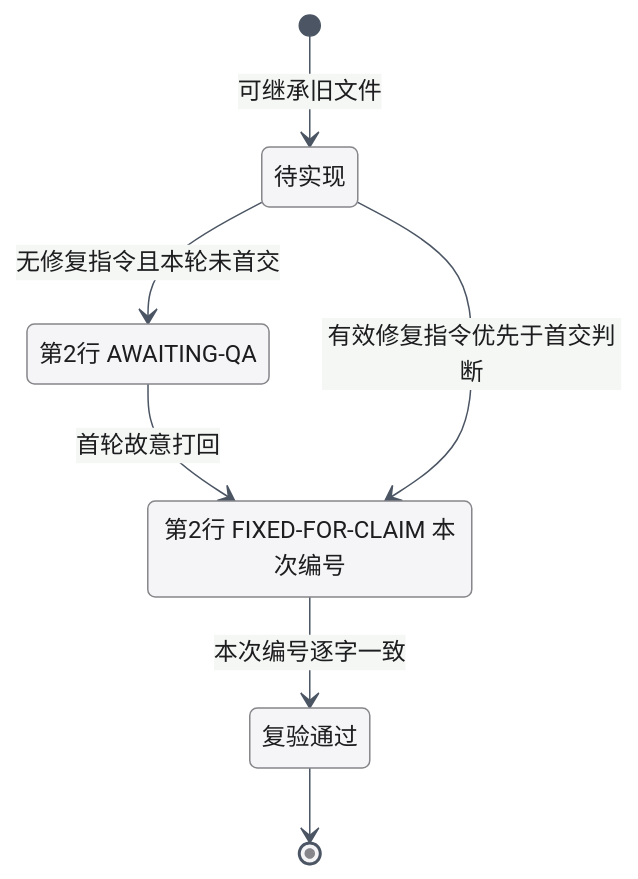
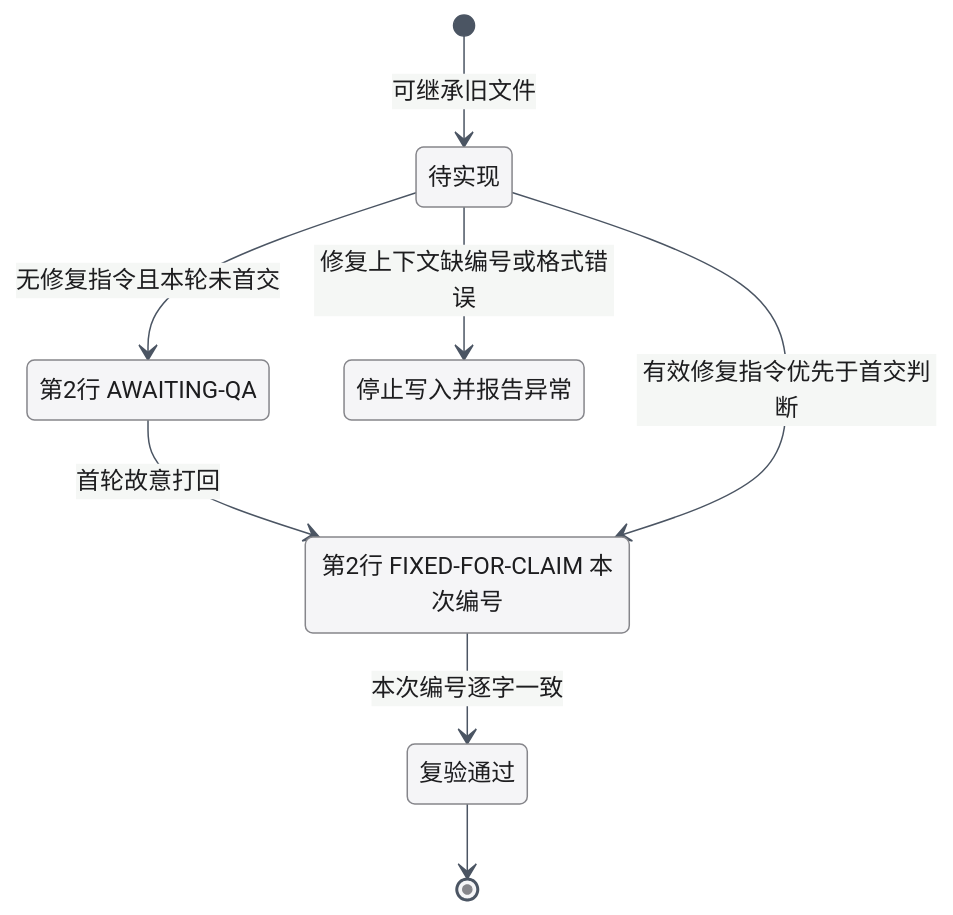
Before and after one commit to xrliAnnie/flywheel-qa-sandbox: the diagram in engineering/doc/FLY-3225-real-runner-drill/design-d2.mmd, drawn with Mermaid. The commit also changed 3 other files, not shown here.

```diff
--- a/engineering/doc/FLY-3225-real-runner-drill/design-d2.mmd
+++ b/engineering/doc/FLY-3225-real-runner-drill/design-d2.mmd
@@ -1,11 +1,13 @@
 %%{init: {"theme":"base","themeVariables":{"fontFamily":"PingFang SC, sans-serif","primaryColor":"#f5f5f7","primaryTextColor":"#1d1d1f","primaryBorderColor":"#86868b","lineColor":"#4b5563"}}}%%
 stateDiagram-v2
     direction TB
     [*] --> 待实现: 可继承旧文件
     待实现 --> 首交: 无修复指令且本轮未首交
     首交: 第2行 AWAITING-QA
     首交 --> 修复: 首轮故意打回
     待实现 --> 修复: 有效修复指令优先于首交判断
+    待实现 --> 保留文件: 修复上下文缺编号或格式错误
+    保留文件: 停止写入并报告异常
     修复: 第2行 FIXED-FOR-CLAIM 本次编号
     修复 --> 复验通过: 本次编号逐字一致
     复验通过 --> [*]
```
